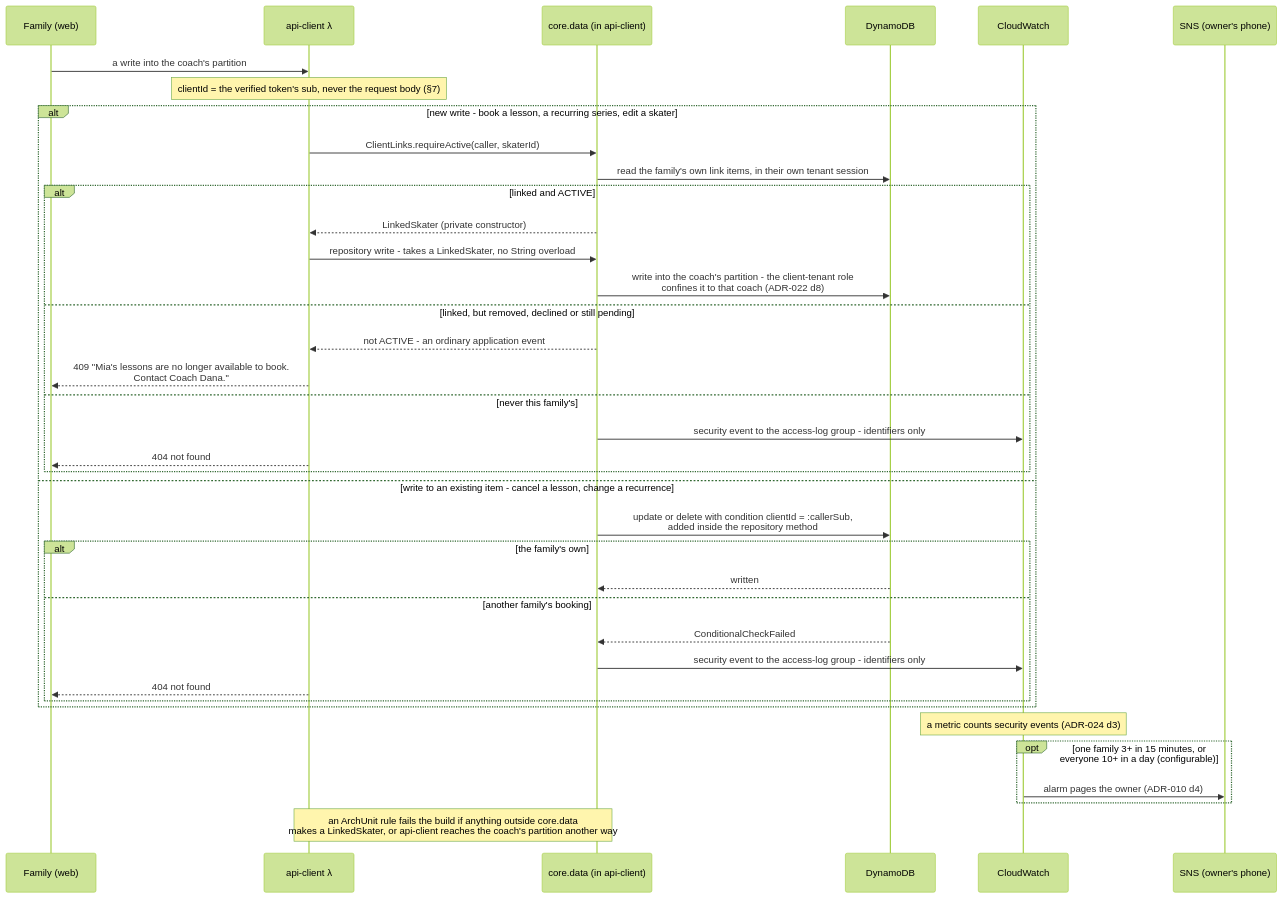
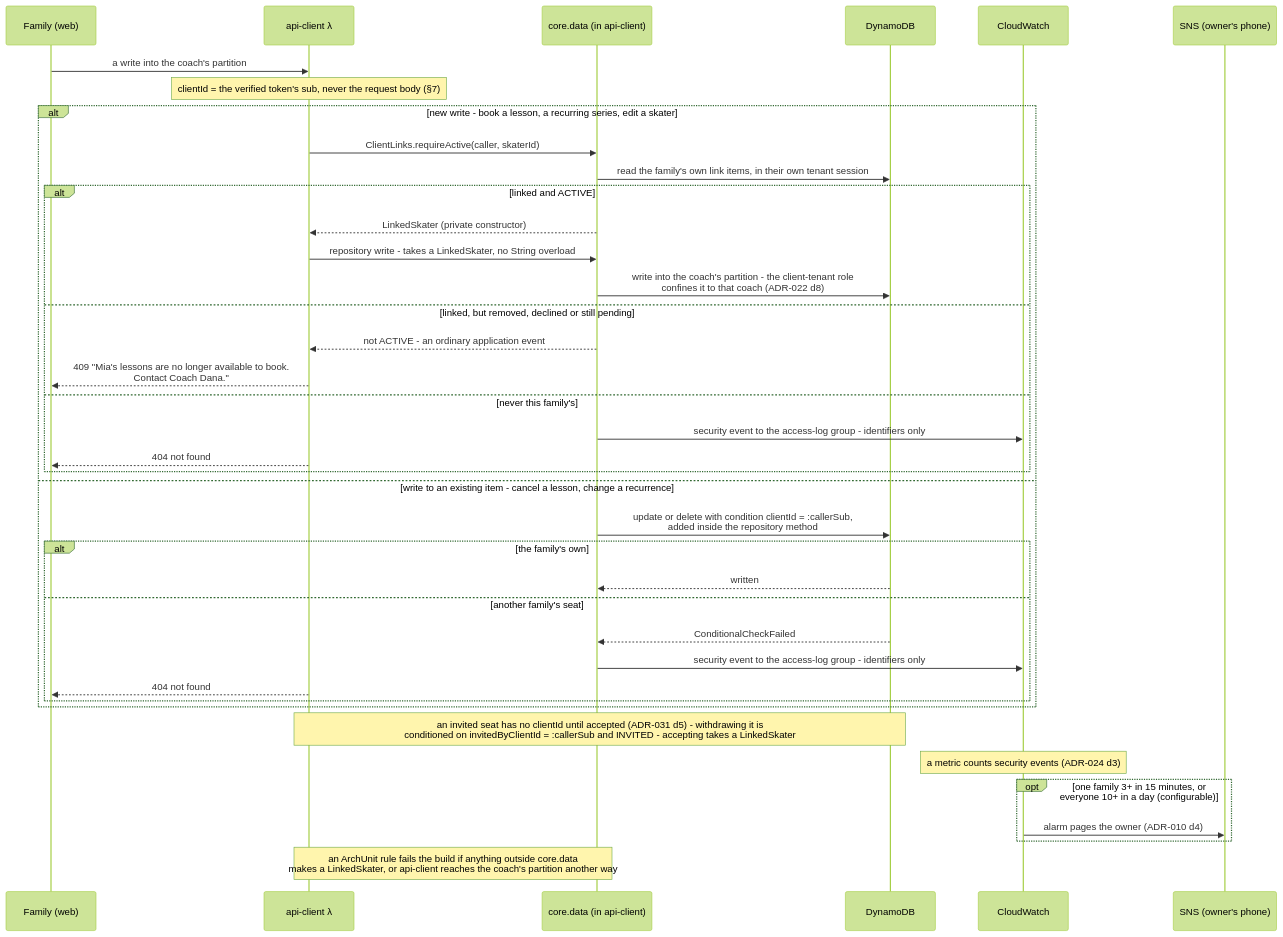
Diagram 20 of 23 in docs/architecture.md (jessicamvega6/bladebook), drawn with Mermaid (forest theme) before and after one commit. The commit also changed other lines of this file and 26 other files, not shown here.

First line of the commit message:
Design doc updates: diagrams synced, shared-lesson and leave rules

````diff
--- a/docs/architecture.md
+++ b/docs/architecture.md
@@ -1253,40 +1905,41 @@
 ```mermaid
 sequenceDiagram
     participant F as Family (web)
     participant API as api-client λ
     participant CD as core.data (in api-client)
     participant DB as DynamoDB
     participant CW as CloudWatch
     participant SNS as SNS (owner's phone)
     F->>API: a write into the coach's partition
     Note over API: clientId = the verified token's sub, never the request body (§7)
     alt new write - book a lesson, a recurring series, edit a skater
         API->>CD: ClientLinks.requireActive(caller, skaterId)
         CD->>DB: read the family's own link items, in their own tenant session
         alt linked and ACTIVE
             CD-->>API: LinkedSkater (private constructor)
             API->>CD: repository write - takes a LinkedSkater, no String overload
             CD->>DB: write into the coach's partition - the client-tenant role<br/>confines it to that coach (ADR-022 d8)
         else linked, but removed, declined or still pending
             CD-->>API: not ACTIVE - an ordinary application event
             API-->>F: 409 "Mia's lessons are no longer available to book.<br/>Contact Coach Dana."
         else never this family's
             CD->>CW: security event to the access-log group - identifiers only
             API-->>F: 404 not found
         end
     else write to an existing item - cancel a lesson, change a recurrence
         CD->>DB: update or delete with condition clientId = :callerSub,<br/>added inside the repository method
         alt the family's own
             DB-->>CD: written
-        else another family's booking
+        else another family's seat
             DB-->>CD: ConditionalCheckFailed
             CD->>CW: security event to the access-log group - identifiers only
             API-->>F: 404 not found
         end
     end
+    Note over API,DB: an invited seat has no clientId until accepted (ADR-031 d5) - withdrawing it is<br/>conditioned on invitedByClientId = :callerSub and INVITED - accepting takes a LinkedSkater
     Note over CW: a metric counts security events (ADR-024 d3)
     opt one family 3+ in 15 minutes, or everyone 10+ in a day (configurable)
         CW->>SNS: alarm pages the owner (ADR-010 d4)
     end
     Note over API,CD: an ArchUnit rule fails the build if anything outside core.data<br/>makes a LinkedSkater, or api-client reaches the coach's partition another way
 ```
````
